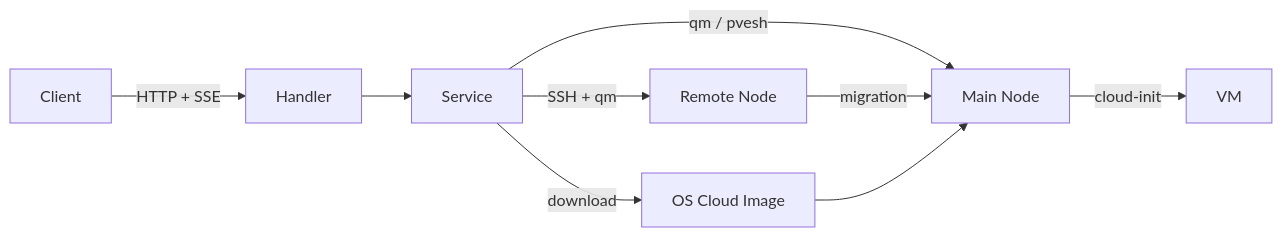
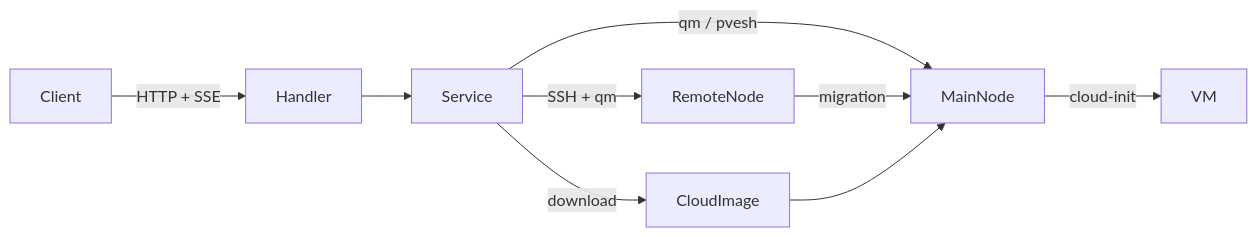
The diagram in README.md (pardnchiu/go-pve-qemu), drawn with Mermaid before and after one commit. The commit also changed other lines of this file and 6 other files, not shown here.

Commit message:
doc: Revamp bilingual project documentation and add architecture guides

````diff
--- a/README.md
+++ b/README.md
@@ -40,11 +40,11 @@
 ```mermaid
 graph LR
     Client -->|HTTP + SSE| Handler
     Handler --> Service
-    Service -->|qm / pvesh| MainNode[Main Node]
-    Service -->|SSH + qm| RemoteNode[Remote Node]
-    MainNode -->|cloud-init| VM[VM]
+    Service -->|qm / pvesh| MainNode
+    Service -->|SSH + qm| RemoteNode
+    MainNode -->|cloud-init| VM
     RemoteNode -->|migration| MainNode
-    Service -->|download| CloudImage[OS Cloud Image]
+    Service -->|download| CloudImage
     CloudImage --> MainNode
 ```
````
